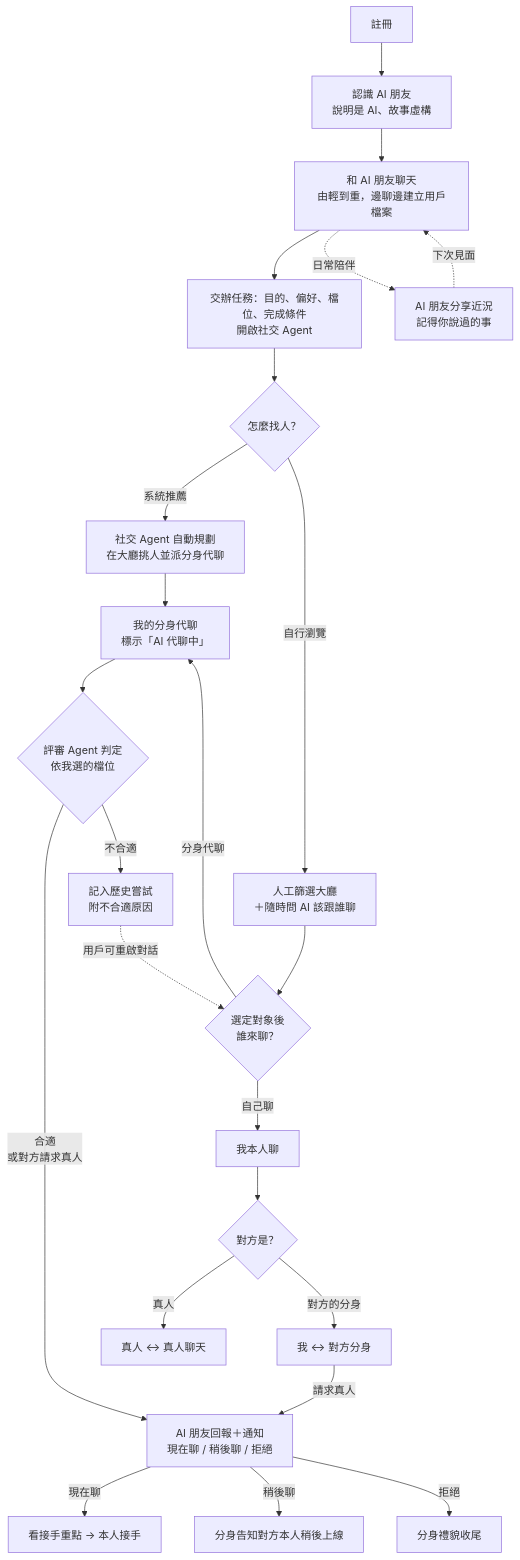
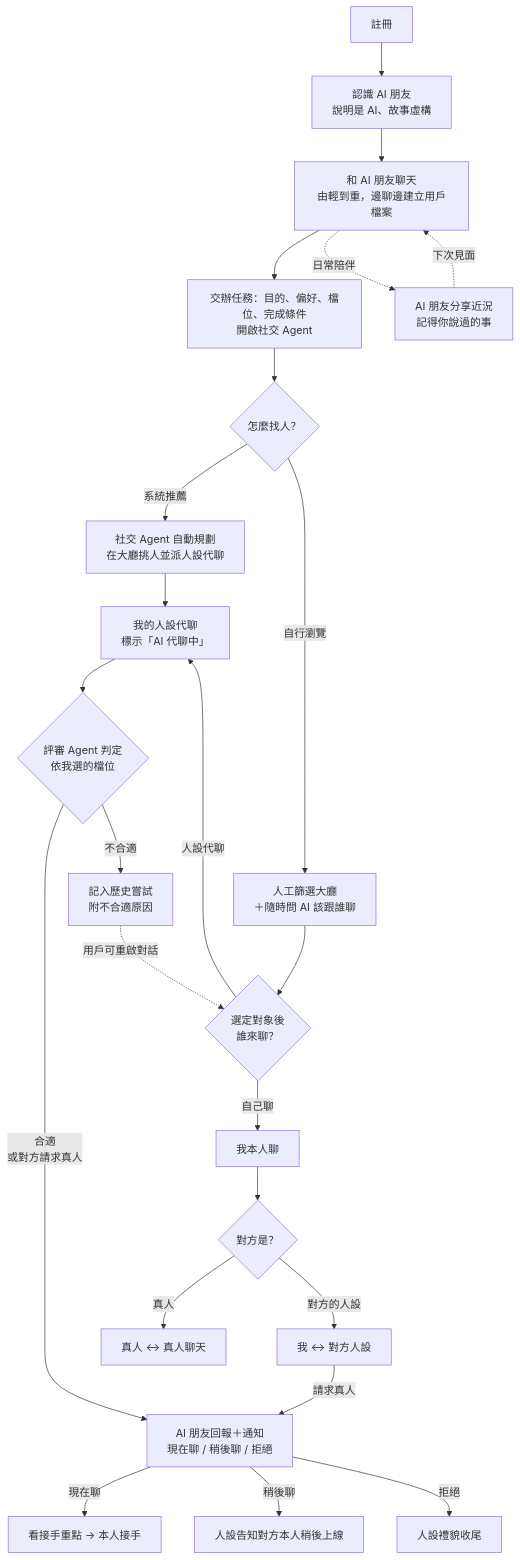
Before and after one commit to WEICHENG28/PersonaAI: the first of 2 diagrams in docs/02_核心邏輯與功能.md, drawn with Mermaid. The commit also changed other lines of this file and 3 other files, not shown here.

````diff
--- a/docs/02_核心邏輯與功能.md
+++ b/docs/02_核心邏輯與功能.md
@@ -38,26 +43,26 @@
 ```mermaid
 flowchart TD
     A[註冊] --> B[認識 AI 朋友<br/>說明是 AI、故事虛構]
     B --> C[和 AI 朋友聊天<br/>由輕到重，邊聊邊建立用戶檔案]
     C --> D[交辦任務：目的、偏好、檔位、完成條件<br/>開啟社交 Agent]
     D --> E{怎麼找人？}
-    E -->|系統推薦| E1[社交 Agent 自動規劃<br/>在大廳挑人並派分身代聊]
+    E -->|系統推薦| E1[社交 Agent 自動規劃<br/>在大廳挑人並派人設代聊]
     E -->|自行瀏覽| E2[人工篩選大廳<br/>＋隨時問 AI 該跟誰聊]
     E1 --> G
     E2 --> F{選定對象後<br/>誰來聊？}
-    F -->|分身代聊| G[我的分身代聊<br/>標示「AI 代聊中」]
+    F -->|人設代聊| G[我的人設代聊<br/>標示「AI 代聊中」]
     F -->|自己聊| H[我本人聊]
     H --> H1{對方是？}
     H1 -->|真人| H2[真人 ↔ 真人聊天]
-    H1 -->|對方的分身| H3[我 ↔ 對方分身]
+    H1 -->|對方的人設| H3[我 ↔ 對方人設]
     H3 -->|請求真人| J
     G --> I{評審 Agent 判定<br/>依我選的檔位}
     I -->|合適<br/>或對方請求真人| J[AI 朋友回報＋通知<br/>現在聊 / 稍後聊 / 拒絕]
     I -->|不合適| R[記入歷史嘗試<br/>附不合適原因]
     R -.用戶可重啟對話.-> F
     J -->|現在聊| K[看接手重點 → 本人接手]
-    J -->|稍後聊| L[分身告知對方本人稍後上線]
-    J -->|拒絕| M[分身禮貌收尾]
+    J -->|稍後聊| L[人設告知對方本人稍後上線]
+    J -->|拒絕| M[人設禮貌收尾]
     C -.日常陪伴.-> P[AI 朋友分享近況<br/>記得你說過的事]
     P -.下次見面.-> C
 ```
````
